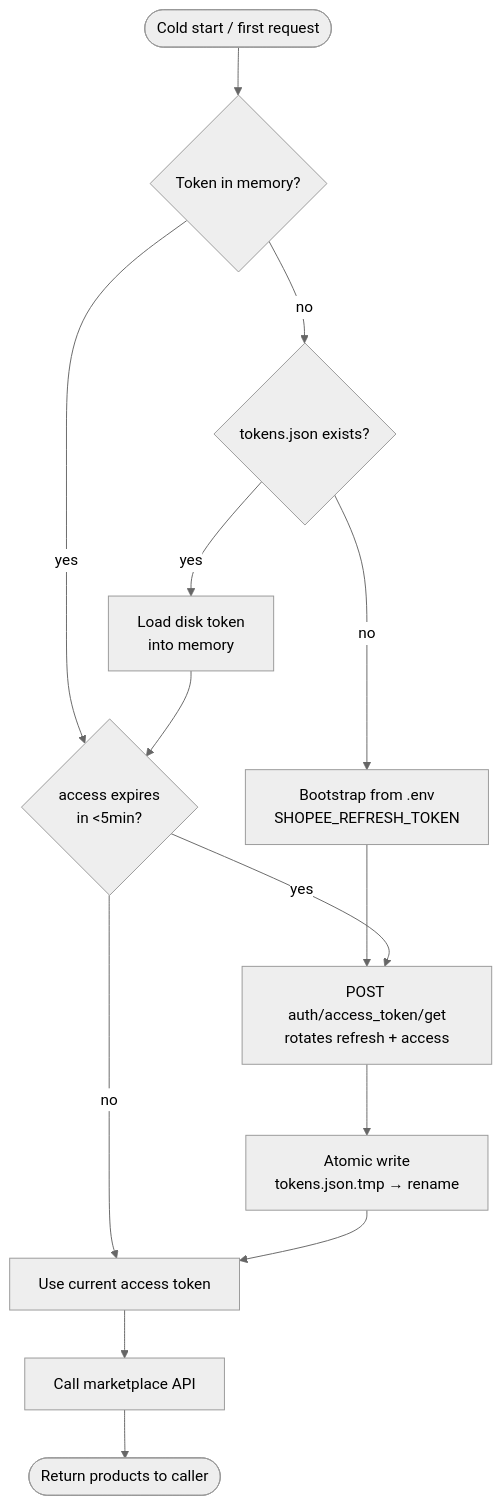
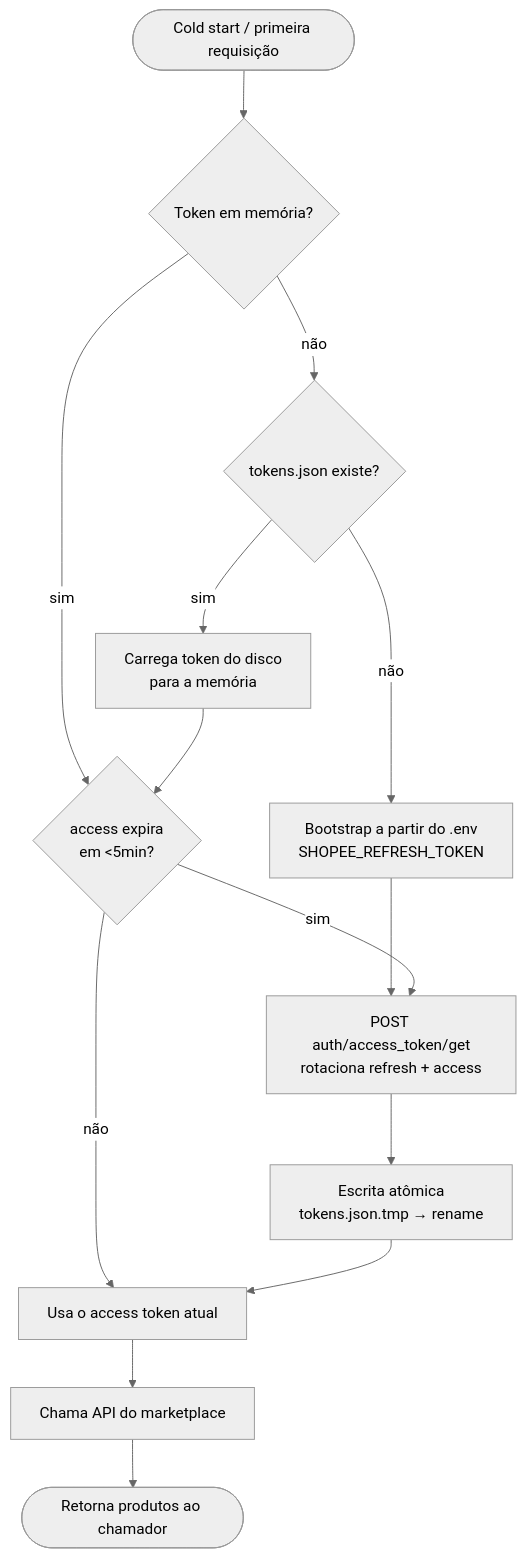
Before and after one commit to davccavalcante/mimoskorea-shop: the third of 4 diagrams in README.md, drawn with Mermaid (neutral theme). The commit also changed other lines of this file and 8 other files, not shown here.

````diff
--- a/README.md
+++ b/README.md
@@ -150,16 +150,16 @@
 ```mermaid
 flowchart TD
-    Start([Cold start / first request]) --> ReadMem{Token in memory?}
-    ReadMem -- yes --> CheckExp{access expires<br/>in <5min?}
-    ReadMem -- no --> ReadFS{tokens.json exists?}
-    ReadFS -- yes --> LoadFS[Load disk token<br/>into memory]
+    Start([Cold start / primeira requisição]) --> ReadMem{Token em memória?}
+    ReadMem -- sim --> CheckExp{access expira<br/>em <5min?}
+    ReadMem -- não --> ReadFS{tokens.json existe?}
+    ReadFS -- sim --> LoadFS[Carrega token do disco<br/>para a memória]
     LoadFS --> CheckExp
-    ReadFS -- no --> EnvBoot[Bootstrap from .env<br/>SHOPEE_REFRESH_TOKEN]
+    ReadFS -- não --> EnvBoot[Bootstrap a partir do .env<br/>SHOPEE_REFRESH_TOKEN]
     EnvBoot --> Refresh
-    CheckExp -- yes --> Refresh[POST auth/access_token/get<br/>rotates refresh + access]
-    CheckExp -- no --> Use[Use current access token]
-    Refresh --> WriteFS[Atomic write<br/>tokens.json.tmp → rename]
+    CheckExp -- sim --> Refresh[POST auth/access_token/get<br/>rotaciona refresh + access]
+    CheckExp -- não --> Use[Usa o access token atual]
+    Refresh --> WriteFS[Escrita atômica<br/>tokens.json.tmp → rename]
     WriteFS --> Use
-    Use --> Call[Call marketplace API]
-    Call --> Done([Return products to caller])
+    Use --> Call[Chama API do marketplace]
+    Call --> Done([Retorna produtos ao chamador])
 ```
````
